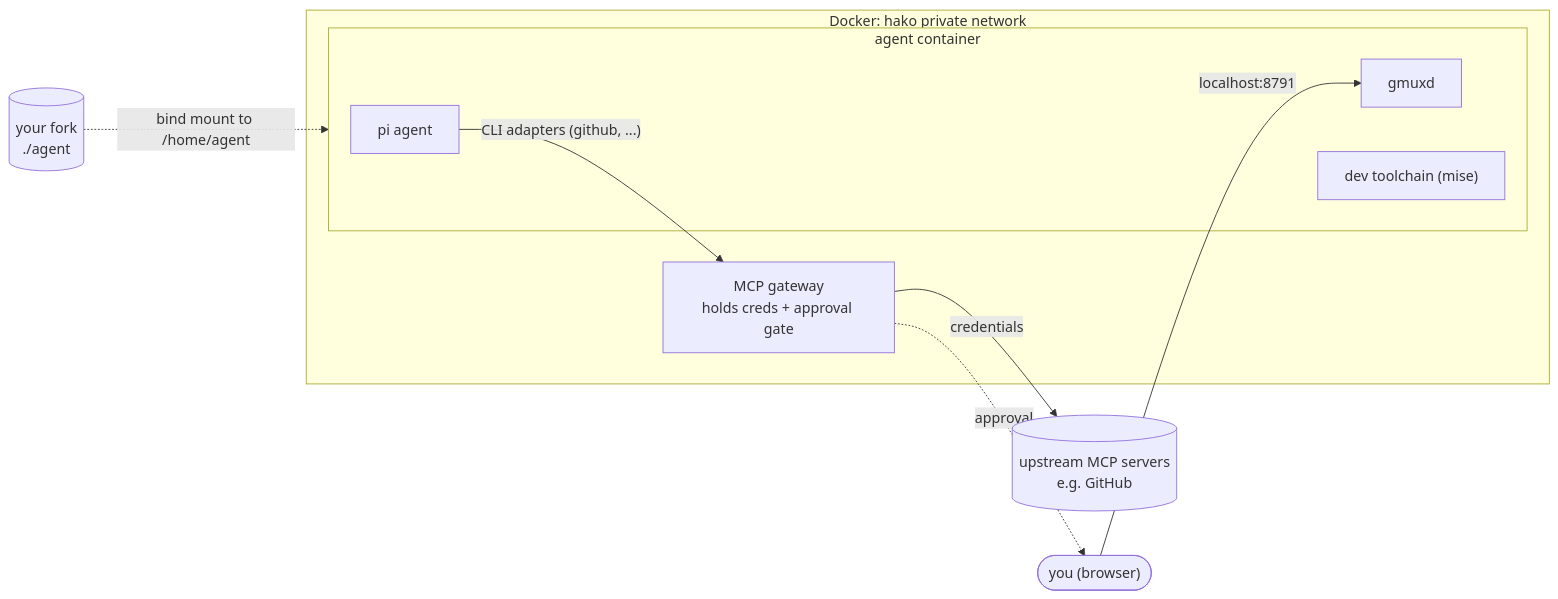
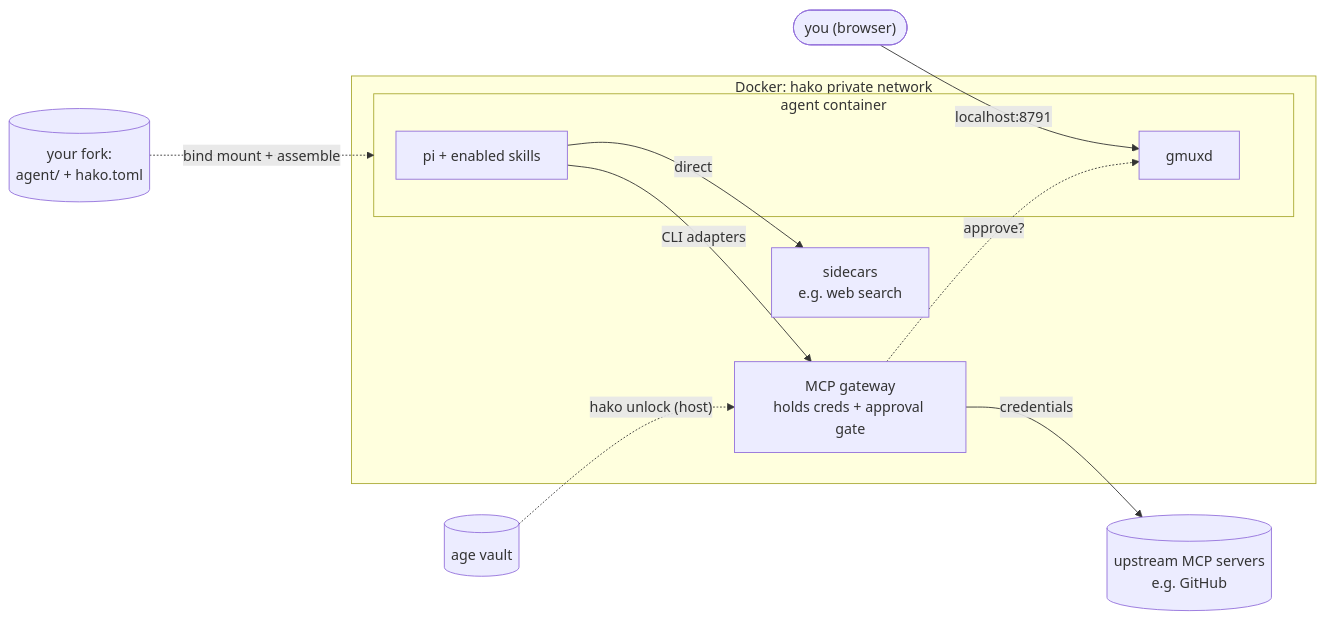
The diagram in README.md (mgabor3141/hako), drawn with Mermaid before and after one commit. The commit also changed other lines of this file and 1 other file, not shown here.

First line of the commit message:
docs: bring README + AGENTS up to date with integrations, vault, launcher

````diff
--- a/README.md
+++ b/README.md
@@ -30,21 +30,24 @@
 ```mermaid
 flowchart LR
     you(["you (browser)"])
-    fork[("your fork<br/>./agent")]
+    fork[("your fork:<br/>agent/ + hako.toml")]
     up[("upstream MCP servers<br/>e.g. GitHub")]
+    vault[("age vault")]
 
     subgraph priv["Docker: hako private network"]
         subgraph agentc["agent container"]
-            pi["pi agent"]
+            pi["pi + enabled skills"]
             gmuxd["gmuxd"]
-            mise["dev toolchain (mise)"]
         end
         gw["MCP gateway<br/>holds creds + approval gate"]
+        sc["sidecars<br/>e.g. web search"]
     end
 
     you -->|"localhost:8791"| gmuxd
-    fork -.->|"bind mount to /home/agent"| agentc
-    pi -->|"CLI adapters (github, ...)"| gw
+    fork -.->|"bind mount + assemble"| agentc
+    pi -->|"CLI adapters"| gw
+    pi -->|"direct"| sc
     gw -->|"credentials"| up
-    gw -.->|"approval"| you
+    vault -.->|"hako unlock (host)"| gw
+    gw -.->|"approve?"| gmuxd
 ```
````
